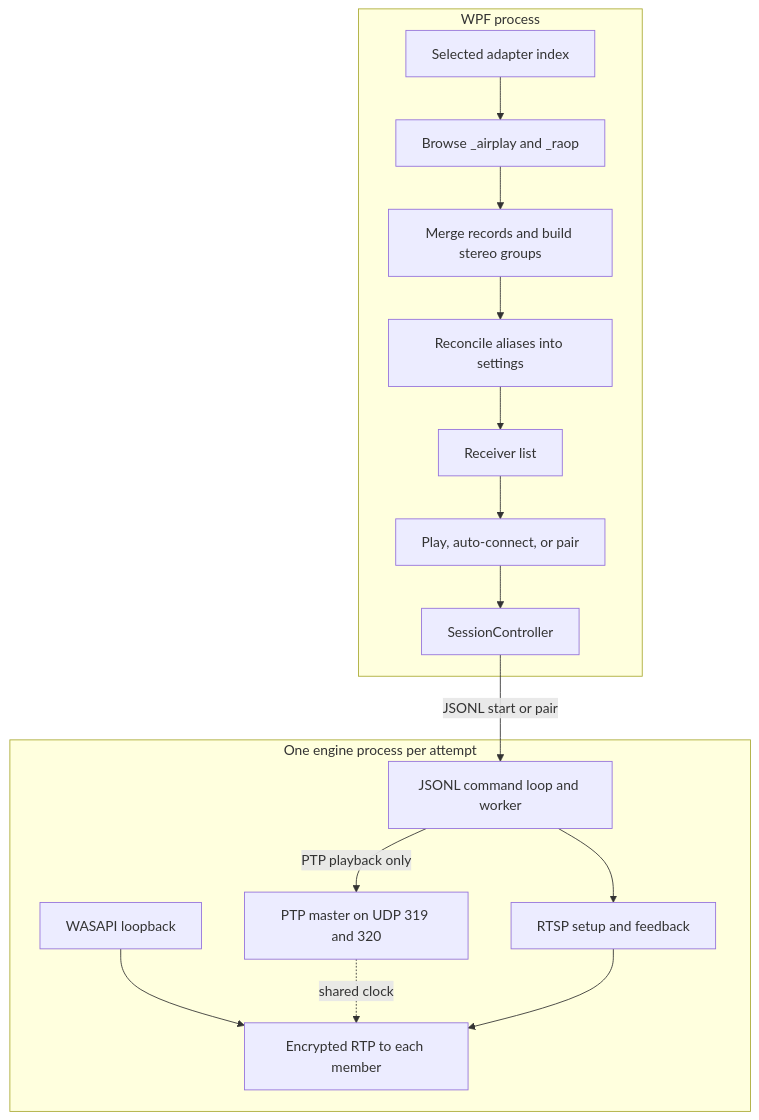
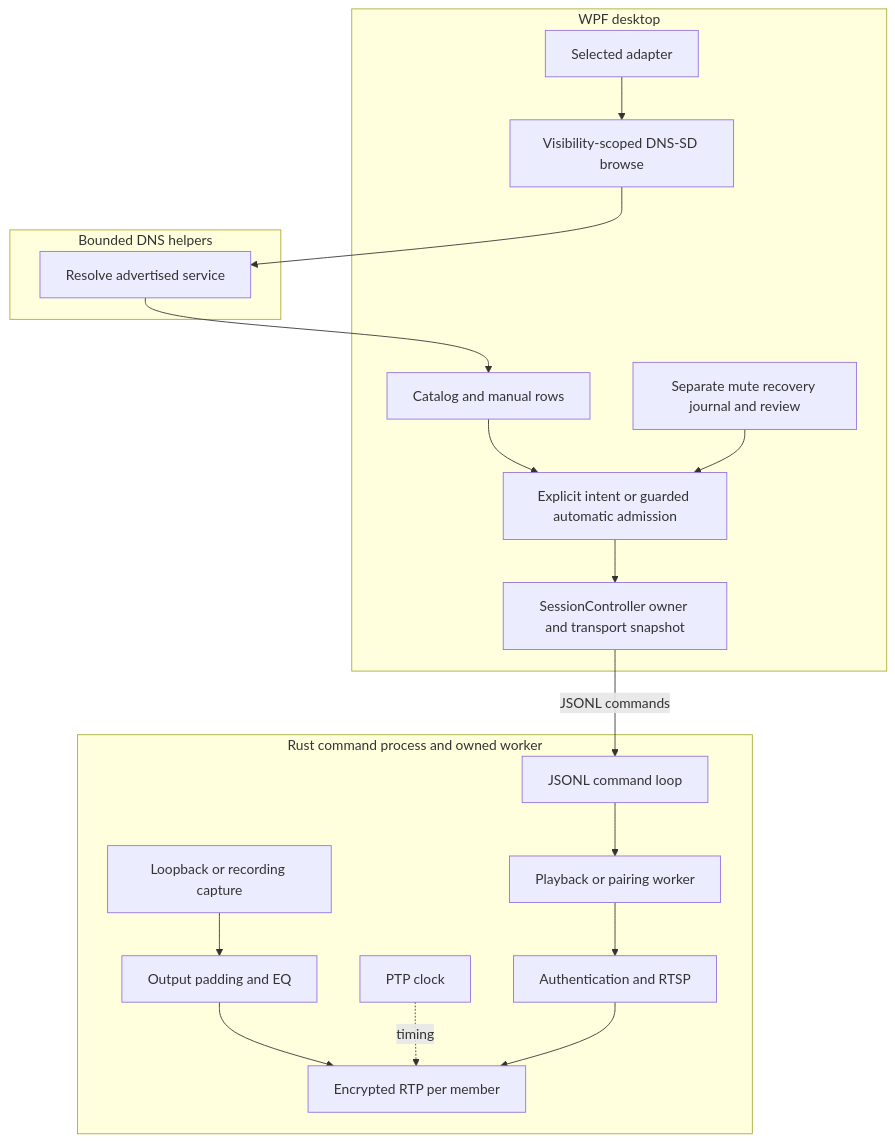
One commit to ThatMarko/AirFlash changed the diagram in docs/analysis/README.md. Above: the diagram before and after it, drawn with Mermaid. The commit also changed other lines of this file and 48 other files, not shown here.

````diff
--- a/docs/analysis/README.md
+++ b/docs/analysis/README.md
@@ -68,26 +48,30 @@
 ```mermaid
 flowchart TD
-  subgraph desktop [WPF process]
-    NIC[Selected adapter index]
-    DNS[Browse _airplay and _raop]
-    AGG[Merge records and build stereo groups]
-    CAT[Reconcile aliases into settings]
-    UI[Receiver list]
-    GATE[Play, auto-connect, or pair]
-    SESS[SessionController]
+  subgraph desktop [WPF desktop]
+    NIC[Selected adapter]
+    DNS[Visibility-scoped DNS-SD browse]
+    CAT[Catalog and manual rows]
+    GATE[Explicit intent or guarded automatic admission]
+    SESS[SessionController owner and transport snapshot]
+    REC[Separate mute recovery journal and review]
   end
-  subgraph engine [One engine process per attempt]
-    CMD[JSONL command loop and worker]
-    RTSP[RTSP setup and feedback]
-    PTP[PTP master on UDP 319 and 320]
-    RTP[Encrypted RTP to each member]
-    CAP[WASAPI loopback]
+  subgraph helpers [Bounded DNS helpers]
+    RES[Resolve advertised service]
   end
-  NIC --> DNS --> AGG --> CAT --> UI --> GATE --> SESS
-  SESS -->|JSONL start or pair| CMD
-  CMD --> RTSP
-  CMD -->|PTP playback only| PTP
-  CAP --> RTP
-  PTP -. shared clock .-> RTP
+  subgraph engine [Rust command process and owned worker]
+    CMD[JSONL command loop]
+    WORK[Playback or pairing worker]
+    RTSP[Authentication and RTSP]
+    CAP[Loopback or recording capture]
+    EQ[Output padding and EQ]
+    RTP[Encrypted RTP per member]
+    PTP[PTP clock]
+  end
+  NIC --> DNS --> RES --> CAT --> GATE --> SESS
+  REC --> GATE
+  SESS -->|JSONL commands| CMD
+  CMD --> WORK --> RTSP
+  CAP --> EQ --> RTP
+  PTP -. timing .-> RTP
   RTSP --> RTP
 ```
````
